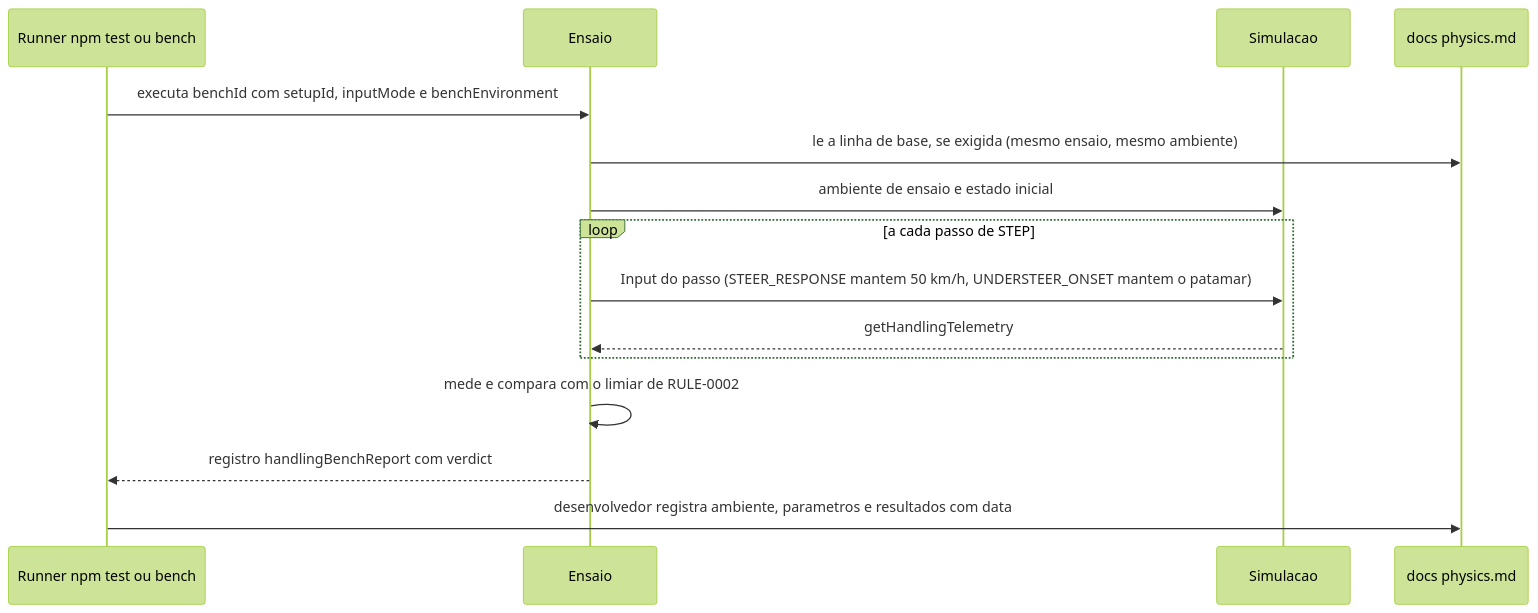
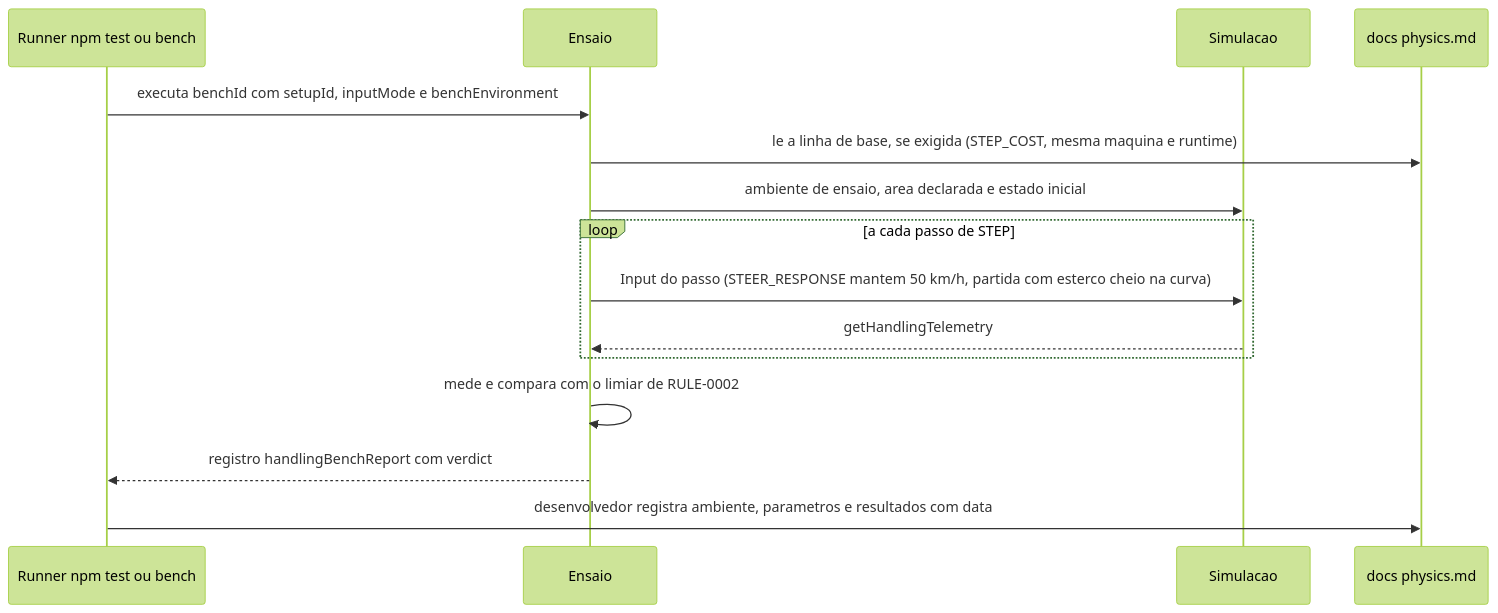
One commit to edumatosr6-svg/kartle-staging changed the diagram in 300 Specs/320 F-Specs/Output/dirigibilidade/flows/FLOW-0002-ensaio-deterministico-e-piloto-de-teste.md. Above: the diagram before and after it, drawn with Mermaid (forest theme). The commit also changed other lines of this file and 24 other files, not shown here.

````diff
--- a/300 Specs/320 F-Specs/Output/dirigibilidade/flows/FLOW-0002-ensaio-deterministico-e-piloto-de-teste.md
+++ b/300 Specs/320 F-Specs/Output/dirigibilidade/flows/FLOW-0002-ensaio-deterministico-e-piloto-de-teste.md
@@ -20,17 +20,17 @@
 ```mermaid
 sequenceDiagram
     participant R as Runner npm test ou bench
     participant E as Ensaio
     participant S as Simulacao
     participant D as docs physics.md
     R->>E: executa benchId com setupId, inputMode e benchEnvironment
-    E->>D: le a linha de base, se exigida (mesmo ensaio, mesmo ambiente)
-    E->>S: ambiente de ensaio e estado inicial
+    E->>D: le a linha de base, se exigida (STEP_COST, mesma maquina e runtime)
+    E->>S: ambiente de ensaio, area declarada e estado inicial
     loop a cada passo de STEP
-        E->>S: Input do passo (STEER_RESPONSE mantem 50 km/h, UNDERSTEER_ONSET mantem o patamar)
+        E->>S: Input do passo (STEER_RESPONSE mantem 50 km/h, partida com esterco cheio na curva)
         S-->>E: getHandlingTelemetry
     end
     E->>E: mede e compara com o limiar de RULE-0002
     E-->>R: registro handlingBenchReport com verdict
     R->>D: desenvolvedor registra ambiente, parametros e resultados com data
 ```
````
